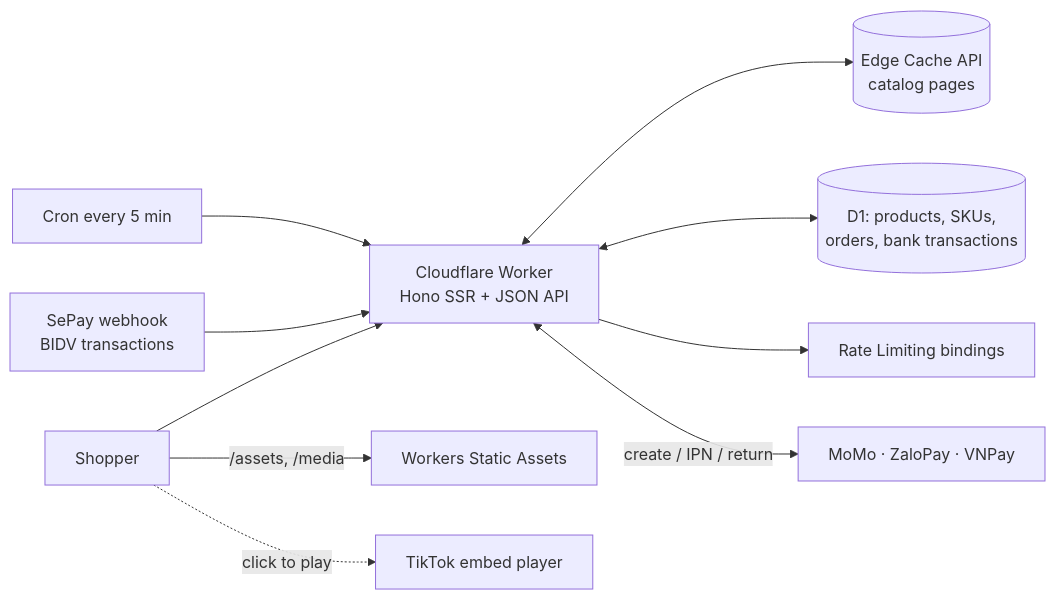
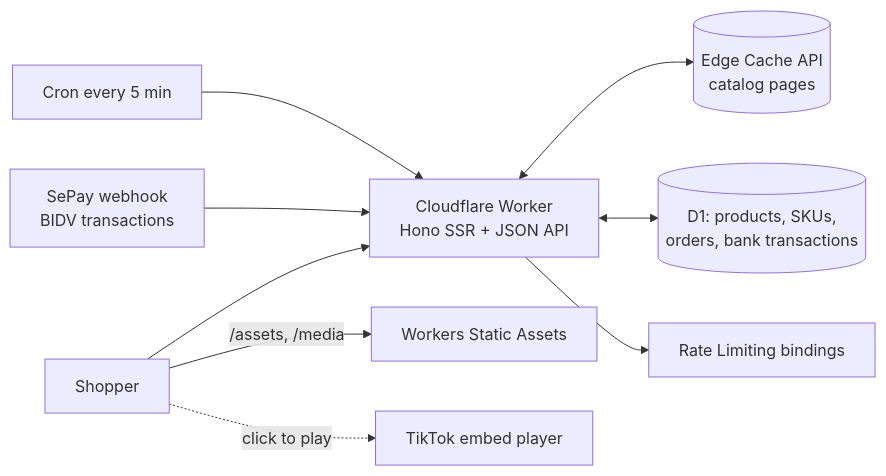
Before and after one commit to leduyenminh/AnitoyMallSite: the diagram in README.md, drawn with Mermaid. The commit also changed other lines of this file and 25 other files, not shown here.

````diff
--- a/README.md
+++ b/README.md
@@ -17,12 +17,11 @@
 ```mermaid
 flowchart LR
   B[Shopper] --> W[Cloudflare Worker<br/>Hono SSR + JSON API]
   B -->|/assets, /media| A[Workers Static Assets]
   W <--> C[(Edge Cache API<br/>catalog pages)]
   W <--> D[(D1: products, SKUs,<br/>orders, bank transactions)]
   W --> RL[Rate Limiting bindings]
   CR[Cron every 5 min] --> W
-  W <-->|create / IPN / return| G[MoMo · ZaloPay · VNPay]
   S[SePay webhook<br/>BIDV transactions] --> W
   B -.->|click to play| T[TikTok embed player]
 ```
````
